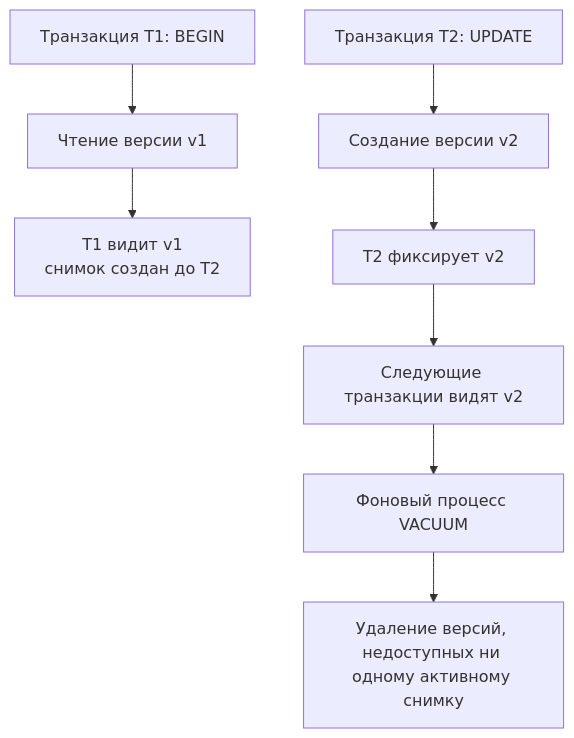
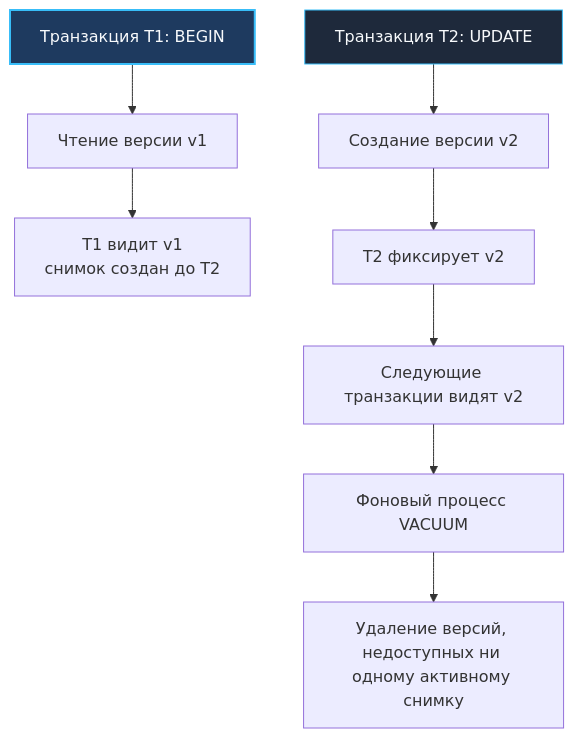
Before and after one commit to UnrealTemplier/go-textbook: the diagram in sources/12. Базы данных/05. Транзакции и внутренности/7. MVCC. Multi Version Concurrency Control.md, drawn with Mermaid. The commit also changed 1666 other files, not shown here.

First line of the commit message:
feat(mermaid): add semantic color classDef to 1369 colorless flowchart/graph diagrams

````diff
--- a/sources/12. Базы данных/05. Транзакции и внутренности/7. MVCC. Multi Version Concurrency Control.md
+++ b/sources/12. Базы данных/05. Транзакции и внутренности/7. MVCC. Multi Version Concurrency Control.md
@@ -14,10 +14,20 @@
 ```mermaid
 flowchart TD
-    A["Транзакция T1: BEGIN"] --> B["Чтение версии v1"]
-    C["Транзакция T2: UPDATE"] --> D["Создание версии v2"]
+    classDef process  fill:#1e293b,stroke:#38bdf8,stroke-width:1px,color:#f8fafc
+    classDef success  fill:#064e3b,stroke:#34d399,stroke-width:1px,color:#f8fafc
+    classDef error    fill:#7f1d1d,stroke:#f87171,stroke-width:1px,color:#f8fafc
+    classDef warning  fill:#78350f,stroke:#fbbf24,stroke-width:1px,color:#f8fafc
+    classDef entry    fill:#1e3a5f,stroke:#38bdf8,stroke-width:2px,color:#f8fafc
+    classDef aux      fill:#334155,stroke:#64748b,stroke-width:1px,color:#f8fafc
+    classDef system   fill:#312e81,stroke:#a78bfa,stroke-width:1px,color:#f8fafc
+    classDef data     fill:#132d29,stroke:#2dd4bf,stroke-width:1px,color:#f8fafc
+    classDef network  fill:#881337,stroke:#fb7185,stroke-width:1px,color:#f8fafc
+    classDef accent   fill:#1e1b4b,stroke:#818cf8,stroke-width:1px,color:#f8fafc
+    A["Транзакция T1: BEGIN"]:::entry --> B["Чтение версии v1"]
+    C["Транзакция T2: UPDATE"]:::process --> D["Создание версии v2"]
     B --> E["T1 видит v1<br>снимок создан до T2"]
     D --> F["T2 фиксирует v2"]
     F --> G["Следующие транзакции видят v2"]
     G --> H["Фоновый процесс VACUUM"]
     H --> I["Удаление версий, недоступных ни одному активному снимку"]
 ```
````
